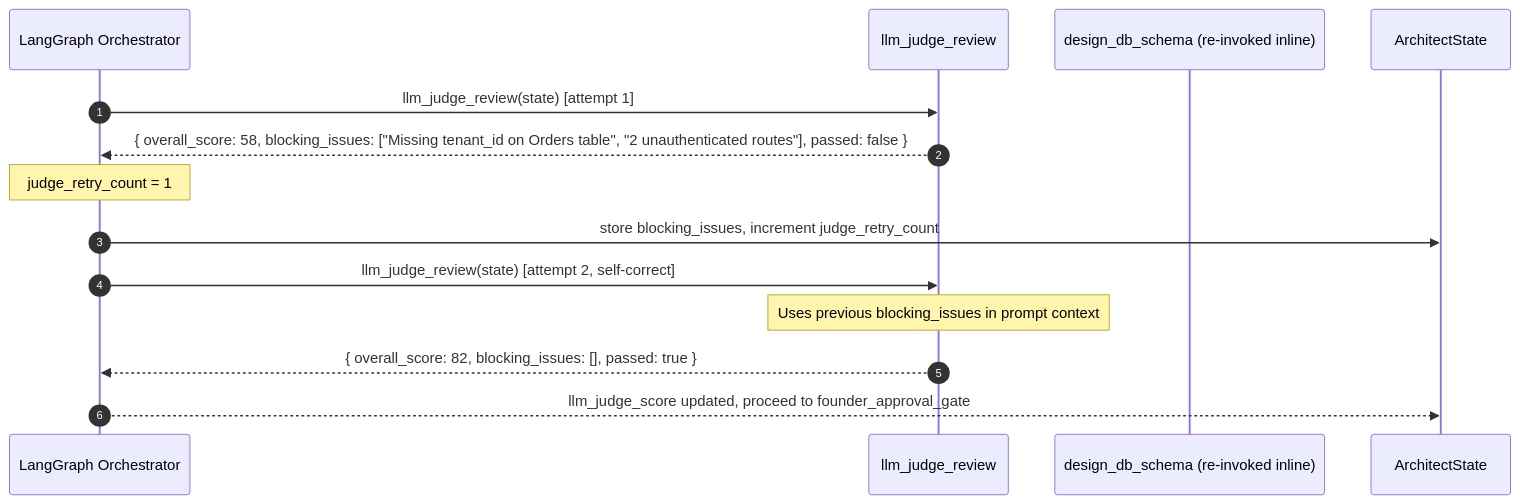
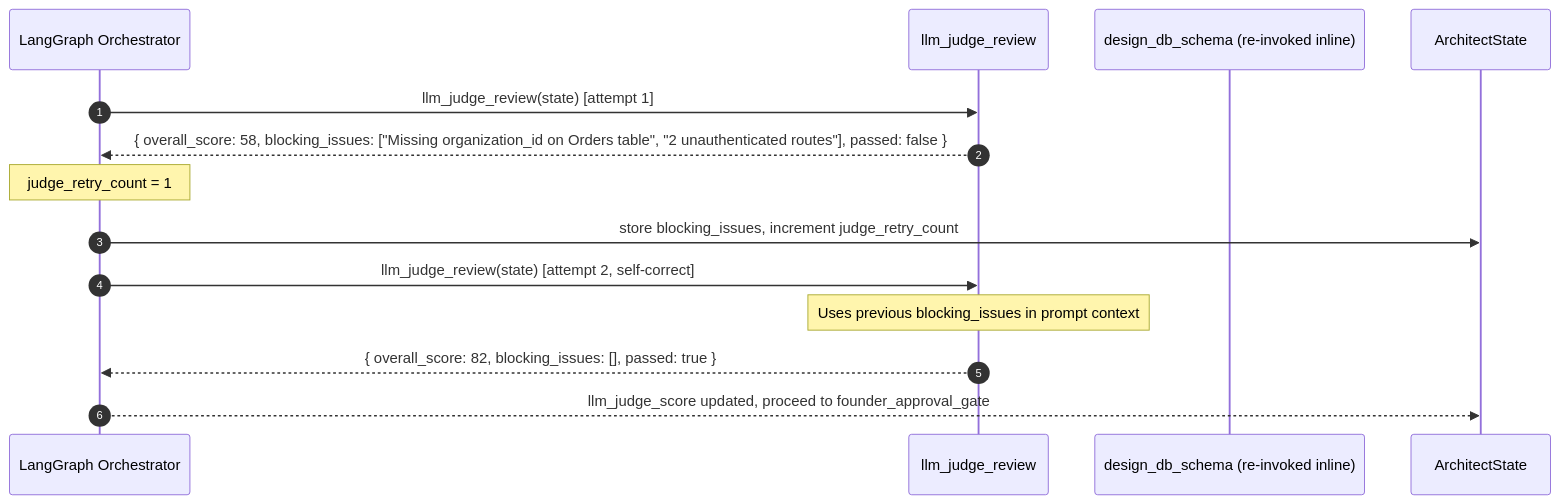
Before and after one commit to kaushraj1/AutoFounder: the second of 4 diagrams in docs/architecture/Agents-Architecture/architect-agent.md, drawn with Mermaid. The commit also changed other lines of this file and 9 other files, not shown here.

First line of the commit message:
refactor(docs): migrate docs/architecture to the canonical stack

````diff
--- a/docs/architecture/Agents-Architecture/architect-agent.md
+++ b/docs/architecture/Agents-Architecture/architect-agent.md
@@ -1444,20 +1455,20 @@
 ```mermaid
 sequenceDiagram
     autonumber
     participant Graph  as LangGraph Orchestrator
     participant Judge  as llm_judge_review
     participant DB     as design_db_schema (re-invoked inline)
     participant State  as ArchitectState
 
     Graph ->> Judge: llm_judge_review(state) [attempt 1]
-    Judge -->> Graph: { overall_score: 58, blocking_issues: ["Missing tenant_id on Orders table", "2 unauthenticated routes"], passed: false }
+    Judge -->> Graph: { overall_score: 58, blocking_issues: ["Missing organization_id on Orders table", "2 unauthenticated routes"], passed: false }
 
     Note over Graph: judge_retry_count = 1
     Graph ->> State: store blocking_issues, increment judge_retry_count
 
     Graph ->> Judge: llm_judge_review(state) [attempt 2, self-correct]
     Note over Judge: Uses previous blocking_issues in prompt context
     Judge -->> Graph: { overall_score: 82, blocking_issues: [], passed: true }
 
     Graph -->> State: llm_judge_score updated, proceed to founder_approval_gate
 ```
````
